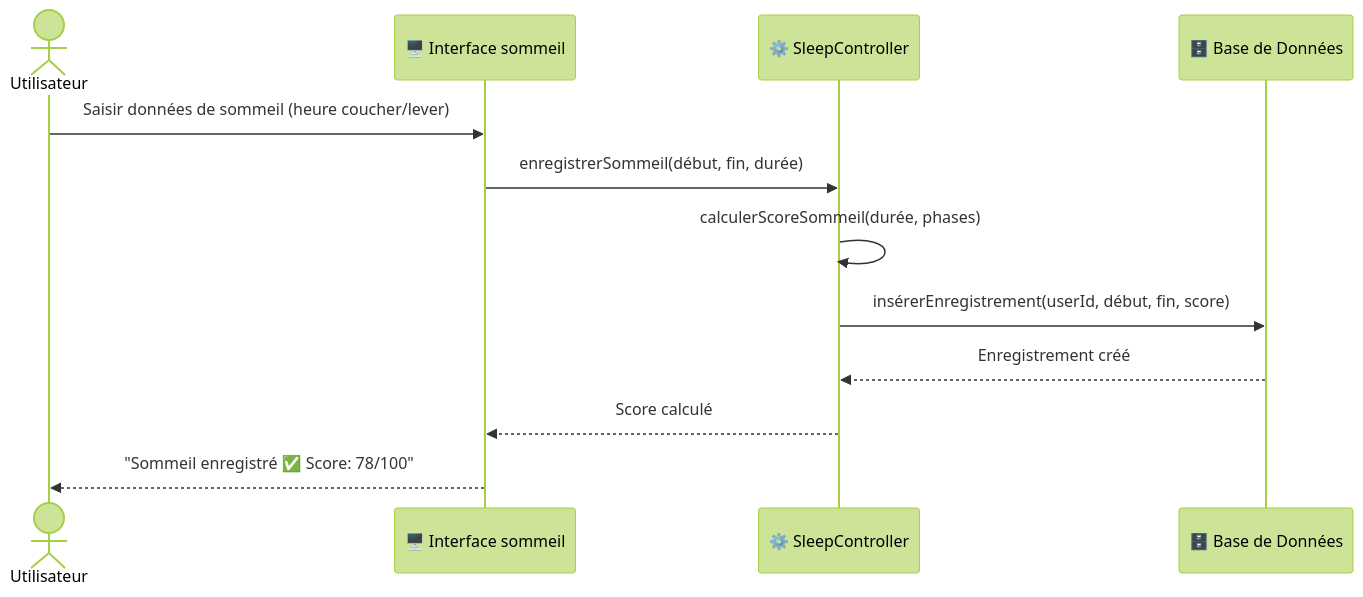
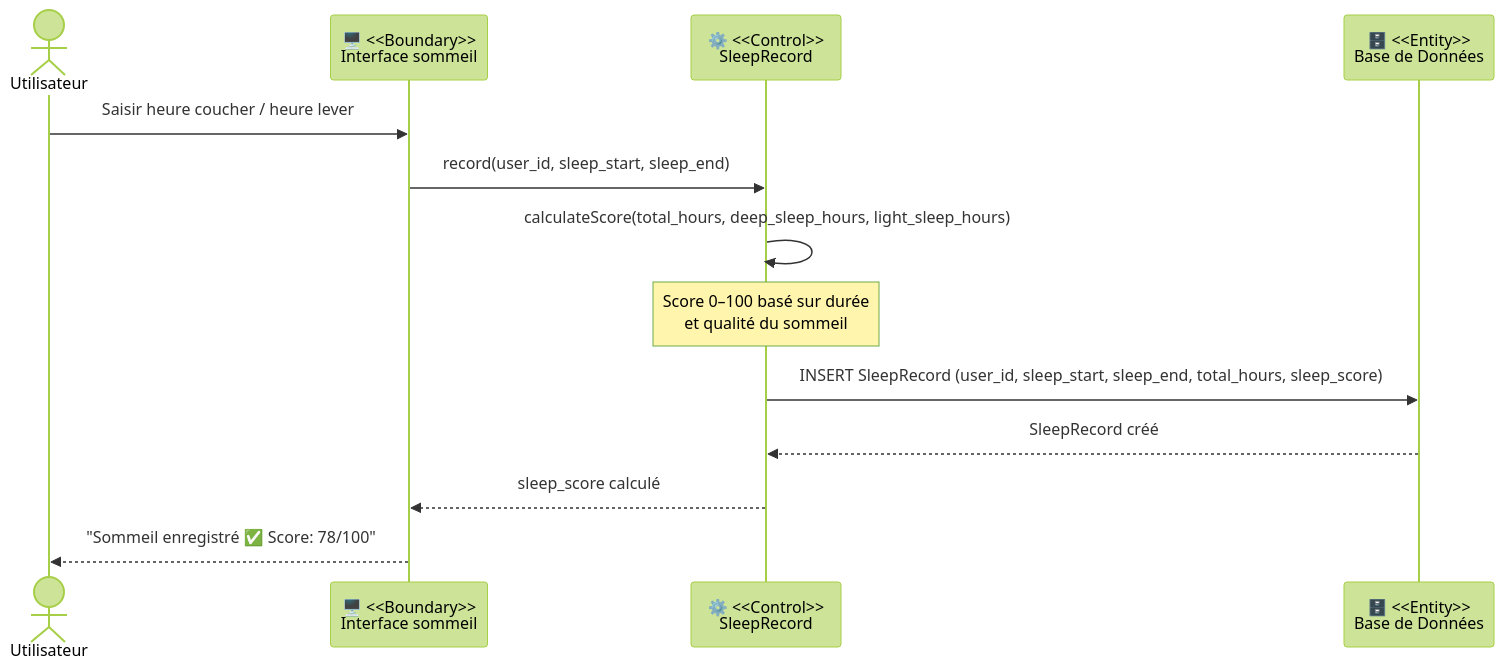
Before and after one commit to Jkacem/smart_focus: diagram 15 of 20 in docs/Conception_DiagrammeSequence.md, drawn with Mermaid (forest theme). The commit also changed other lines of this file and 31 other files, not shown here.

````diff
--- a/docs/Conception_DiagrammeSequence.md
+++ b/docs/Conception_DiagrammeSequence.md
@@ -387,15 +531,16 @@
 ```mermaid
 sequenceDiagram
     actor Utilisateur
-    participant B as 🖥️ Interface sommeil
-    participant C as ⚙️ SleepController
-    participant E as 🗄️ Base de Données
+    participant B  as 🖥️ <<Boundary>><br/>Interface sommeil
+    participant SR as ⚙️ <<Control>><br/>SleepRecord
+    participant E  as 🗄️ <<Entity>><br/>Base de Données
 
-    Utilisateur->>B: Saisir données de sommeil (heure coucher/lever)
-    B->>C: enregistrerSommeil(début, fin, durée)
-    C->>C: calculerScoreSommeil(durée, phases)
-    C->>E: insérerEnregistrement(userId, début, fin, score)
-    E-->>C: Enregistrement créé
-    C-->>B: Score calculé
+    Utilisateur->>B: Saisir heure coucher / heure lever
+    B->>SR: record(user_id, sleep_start, sleep_end)
+    SR->>SR: calculateScore(total_hours, deep_sleep_hours, light_sleep_hours)
+    Note over SR: Score 0–100 basé sur durée<br/>et qualité du sommeil
+    SR->>E: INSERT SleepRecord (user_id, sleep_start, sleep_end, total_hours, sleep_score)
+    E-->>SR: SleepRecord créé
+    SR-->>B: sleep_score calculé
     B-->>Utilisateur: "Sommeil enregistré ✅ Score: 78/100"
 ```
````
